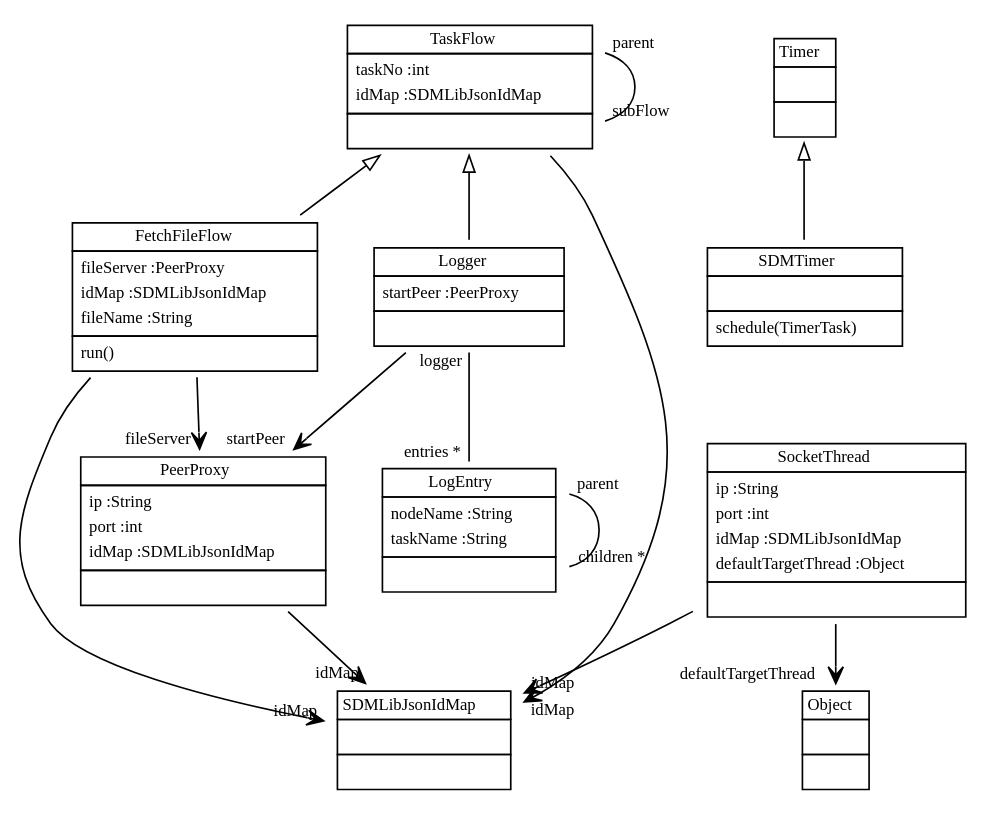
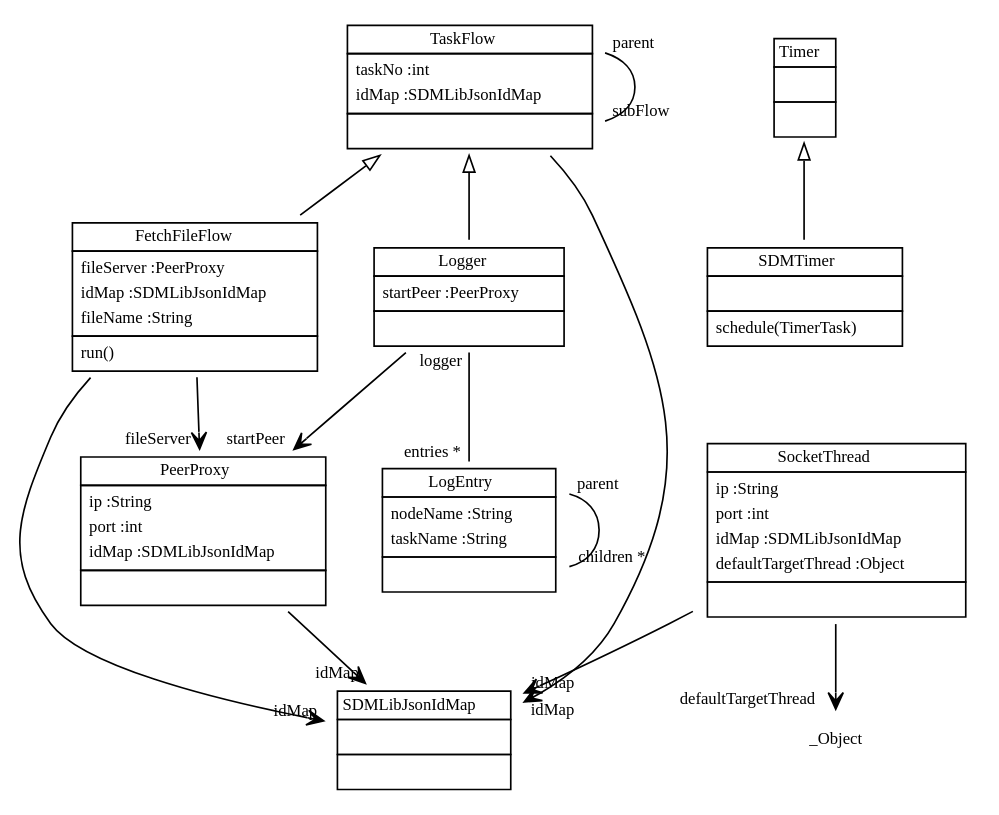
One commit to fujaba/SDMLib changed the diagram in doc/taskflowmodeldiag.dot. Above: the diagram before and after it, drawn with Graphviz. The commit also changed 130 other files, not shown here.

```diff
--- a/doc/taskflowmodeldiag.dot
+++ b/doc/taskflowmodeldiag.dot
@@ -1,33 +1,32 @@
 
  digraph ClassDiagram {
     node [shape = none, fontsize = 10]; 
     edge [fontsize = 10];
     
     
     _TaskFlow [label=<<table border='0' cellborder='1' cellspacing='0'> <tr> <td HREF="../swtsrc/org/sdmlib/model/taskflows/TaskFlow.java">TaskFlow</td> </tr> <tr><td><table border='0' cellborder='0' cellspacing='0'> <tr><td align='left'>taskNo :int</td></tr> <tr><td align='left'>idMap :SDMLibJsonIdMap</td></tr>  </table></td></tr> <tr><td><table border='0' cellborder='0' cellspacing='0'> <tr><td> </td></tr> </table></td></tr> </table>>];
     _PeerProxy [label=<<table border='0' cellborder='1' cellspacing='0'> <tr> <td HREF="../swtsrc/org/sdmlib/model/taskflows/PeerProxy.java">PeerProxy</td> </tr> <tr><td><table border='0' cellborder='0' cellspacing='0'> <tr><td align='left'>ip :String</td></tr> <tr><td align='left'>port :int</td></tr> <tr><td align='left'>idMap :SDMLibJsonIdMap</td></tr>  </table></td></tr> <tr><td><table border='0' cellborder='0' cellspacing='0'> <tr><td> </td></tr> </table></td></tr> </table>>];
     _SocketThread [label=<<table border='0' cellborder='1' cellspacing='0'> <tr> <td HREF="../swtsrc/org/sdmlib/model/taskflows/SocketThread.java">SocketThread</td> </tr> <tr><td><table border='0' cellborder='0' cellspacing='0'> <tr><td align='left'>ip :String</td></tr> <tr><td align='left'>port :int</td></tr> <tr><td align='left'>idMap :SDMLibJsonIdMap</td></tr> <tr><td align='left'>defaultTargetThread :Object</td></tr>  </table></td></tr> <tr><td><table border='0' cellborder='0' cellspacing='0'> <tr><td> </td></tr> </table></td></tr> </table>>];
     _FetchFileFlow [label=<<table border='0' cellborder='1' cellspacing='0'> <tr> <td HREF="../swtsrc/org/sdmlib/model/taskflows/FetchFileFlow.java">FetchFileFlow</td> </tr> <tr><td><table border='0' cellborder='0' cellspacing='0'> <tr><td align='left'>fileServer :PeerProxy</td></tr> <tr><td align='left'>idMap :SDMLibJsonIdMap</td></tr> <tr><td align='left'>fileName :String</td></tr>  </table></td></tr> <tr><td><table border='0' cellborder='0' cellspacing='0'> <tr><td align='left'>run()</td></tr>  </table></td></tr> </table>>];
     _Logger [label=<<table border='0' cellborder='1' cellspacing='0'> <tr> <td HREF="../swtsrc/org/sdmlib/model/taskflows/Logger.java">Logger</td> </tr> <tr><td><table border='0' cellborder='0' cellspacing='0'> <tr><td align='left'>startPeer :PeerProxy</td></tr>  </table></td></tr> <tr><td><table border='0' cellborder='0' cellspacing='0'> <tr><td> </td></tr> </table></td></tr> </table>>];
     _LogEntry [label=<<table border='0' cellborder='1' cellspacing='0'> <tr> <td HREF="../swtsrc/org/sdmlib/model/taskflows/LogEntry.java">LogEntry</td> </tr> <tr><td><table border='0' cellborder='0' cellspacing='0'> <tr><td align='left'>nodeName :String</td></tr> <tr><td align='left'>taskName :String</td></tr>  </table></td></tr> <tr><td><table border='0' cellborder='0' cellspacing='0'> <tr><td> </td></tr> </table></td></tr> </table>>];
     _Timer [label=<<table border='0' cellborder='1' cellspacing='0'> <tr> <td HREF="../swtsrc/java/util/Timer.java">Timer</td> </tr> <tr><td><table border='0' cellborder='0' cellspacing='0'> <tr><td> </td></tr> </table></td></tr> <tr><td><table border='0' cellborder='0' cellspacing='0'> <tr><td> </td></tr> </table></td></tr> </table>>];
     _SDMTimer [label=<<table border='0' cellborder='1' cellspacing='0'> <tr> <td HREF="../swtsrc/org/sdmlib/model/taskflows/SDMTimer.java">SDMTimer</td> </tr> <tr><td><table border='0' cellborder='0' cellspacing='0'> <tr><td> </td></tr> </table></td></tr> <tr><td><table border='0' cellborder='0' cellspacing='0'> <tr><td align='left'>schedule(TimerTask)</td></tr>  </table></td></tr> </table>>];
     _SDMLibJsonIdMap [label=<<table border='0' cellborder='1' cellspacing='0'> <tr> <td HREF="../swtsrc/org/sdmlib/serialization/json/SDMLibJsonIdMap.java">SDMLibJsonIdMap</td> </tr> <tr><td><table border='0' cellborder='0' cellspacing='0'> <tr><td> </td></tr> </table></td></tr> <tr><td><table border='0' cellborder='0' cellspacing='0'> <tr><td> </td></tr> </table></td></tr> </table>>];
-    _Object [label=<<table border='0' cellborder='1' cellspacing='0'> <tr> <td HREF="../swtsrc/org/sdmlib/model/taskflows/Object.java">Object</td> </tr> <tr><td><table border='0' cellborder='0' cellspacing='0'> <tr><td> </td></tr> </table></td></tr> <tr><td><table border='0' cellborder='0' cellspacing='0'> <tr><td> </td></tr> </table></td></tr> </table>>];
     
     
     
     _TaskFlow ->  _FetchFileFlow [dir = "back" arrowtail = "empty"];
     _TaskFlow ->  _Logger [dir = "back" arrowtail = "empty"];
     _Timer ->  _SDMTimer [dir = "back" arrowtail = "empty"];
     _TaskFlow -> _TaskFlow [headlabel = "subFlow" taillabel = "parent" arrowhead = "none" ];
     _Logger -> _LogEntry [headlabel = "entries *" taillabel = "logger" arrowhead = "none" ];
     _LogEntry -> _LogEntry [headlabel = "children *" taillabel = "parent" arrowhead = "none" ];
     _TaskFlow -> _SDMLibJsonIdMap [headlabel = "idMap" taillabel = "" arrowhead = "vee" ];
     _PeerProxy -> _SDMLibJsonIdMap [headlabel = "idMap" taillabel = "" arrowhead = "vee" ];
     _SocketThread -> _SDMLibJsonIdMap [headlabel = "idMap" taillabel = "" arrowhead = "vee" ];
     _SocketThread -> _Object [headlabel = "defaultTargetThread" taillabel = "" arrowhead = "vee" ];
     _FetchFileFlow -> _PeerProxy [headlabel = "fileServer" taillabel = "" arrowhead = "vee" ];
     _FetchFileFlow -> _SDMLibJsonIdMap [headlabel = "idMap" taillabel = "" arrowhead = "vee" ];
     _Logger -> _PeerProxy [headlabel = "startPeer" taillabel = "" arrowhead = "vee" ];
 }
```
